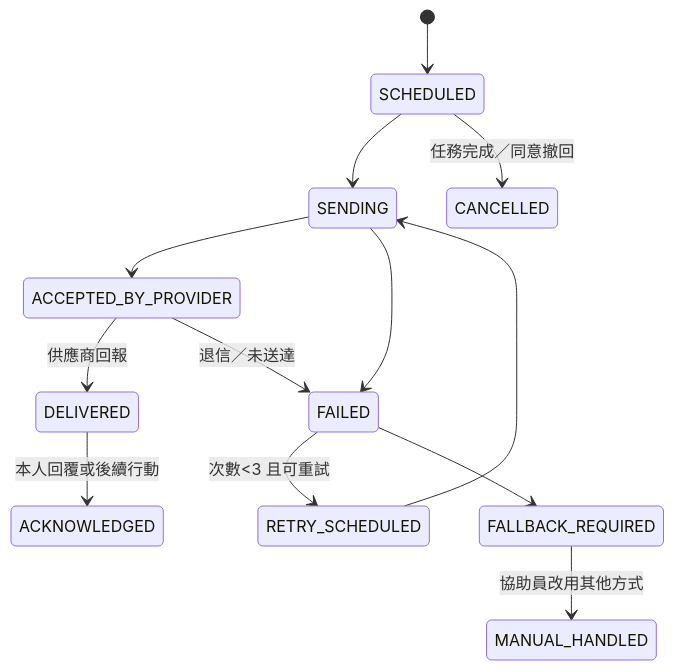
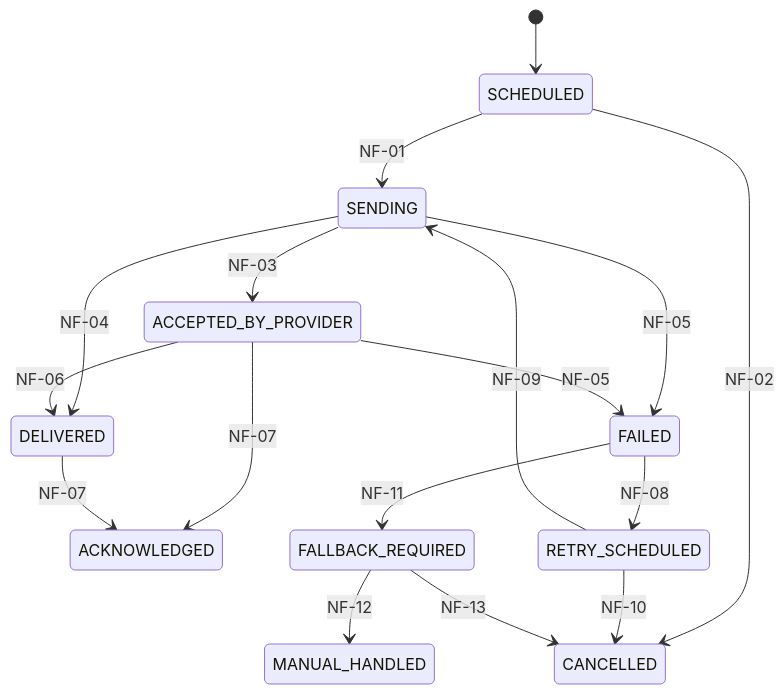
Before and after one commit to firekou/SaveThePeople: the seventh of 7 diagrams in docs/platform/DATA_MODEL_AND_STATE_MACHINES.md, drawn with Mermaid. The commit also changed other lines of this file and 22 other files, not shown here.

````diff
--- a/docs/platform/DATA_MODEL_AND_STATE_MACHINES.md
+++ b/docs/platform/DATA_MODEL_AND_STATE_MACHINES.md
@@ -520,15 +820,19 @@
 ```mermaid
 stateDiagram-v2
   [*] --> SCHEDULED
-  SCHEDULED --> SENDING
-  SCHEDULED --> CANCELLED: 任務完成／同意撤回
-  SENDING --> ACCEPTED_BY_PROVIDER
-  SENDING --> FAILED
-  ACCEPTED_BY_PROVIDER --> DELIVERED: 供應商回報
-  ACCEPTED_BY_PROVIDER --> FAILED: 退信／未送達
-  DELIVERED --> ACKNOWLEDGED: 本人回覆或後續行動
-  FAILED --> RETRY_SCHEDULED: 次數<3 且可重試
-  RETRY_SCHEDULED --> SENDING
-  FAILED --> FALLBACK_REQUIRED
-  FALLBACK_REQUIRED --> MANUAL_HANDLED: 協助員改用其他方式
+  SCHEDULED --> SENDING: NF-01
+  SCHEDULED --> CANCELLED: NF-02
+  SENDING --> ACCEPTED_BY_PROVIDER: NF-03
+  SENDING --> DELIVERED: NF-04
+  SENDING --> FAILED: NF-05
+  ACCEPTED_BY_PROVIDER --> FAILED: NF-05
+  ACCEPTED_BY_PROVIDER --> DELIVERED: NF-06
+  ACCEPTED_BY_PROVIDER --> ACKNOWLEDGED: NF-07
+  DELIVERED --> ACKNOWLEDGED: NF-07
+  FAILED --> RETRY_SCHEDULED: NF-08
+  RETRY_SCHEDULED --> SENDING: NF-09
+  RETRY_SCHEDULED --> CANCELLED: NF-10
+  FAILED --> FALLBACK_REQUIRED: NF-11
+  FALLBACK_REQUIRED --> MANUAL_HANDLED: NF-12
+  FALLBACK_REQUIRED --> CANCELLED: NF-13
 ```
````
